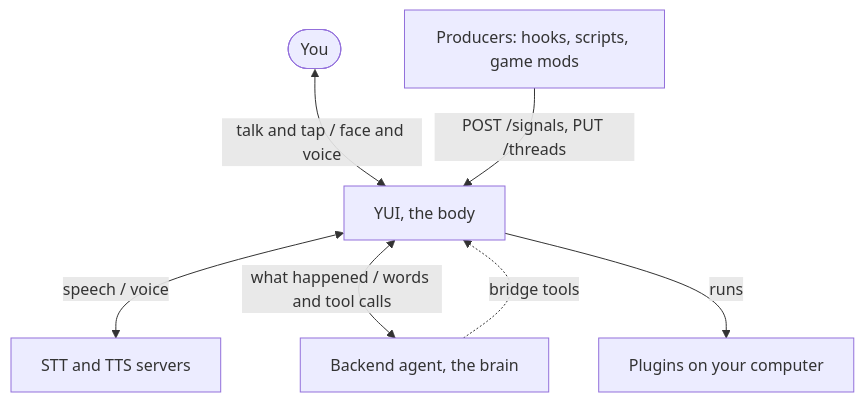
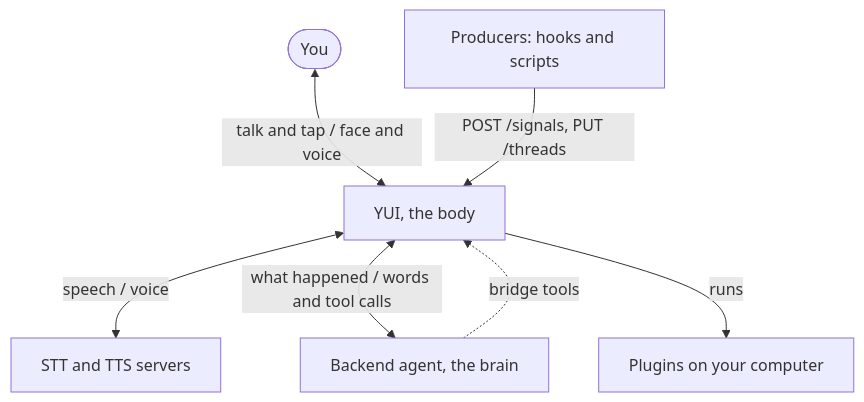
The first of 2 diagrams in docs/guide/how-it-works.md (yw0nam/YUI), drawn with Mermaid before and after one commit. The commit also changed 9 other files, not shown here.

````diff
--- a/docs/guide/how-it-works.md
+++ b/docs/guide/how-it-works.md
@@ -5,16 +5,16 @@
 ```mermaid
 flowchart TB
   you(["You"])
-  producers["Producers: hooks, scripts, game mods"]
+  producers["Producers: hooks and scripts"]
   yui["YUI, the body"]
   voice["STT and TTS servers"]
   brain["Backend agent, the brain"]
   plugins["Plugins on your computer"]
 
   you <-->|"talk and tap / face and voice"| yui
   producers -->|"POST /signals, PUT /threads"| yui
   yui <-->|"speech / voice"| voice
   yui <-->|"what happened / words and tool calls"| brain
   yui -->|"runs"| plugins
   brain -.->|"bridge tools"| yui
 ```
````
